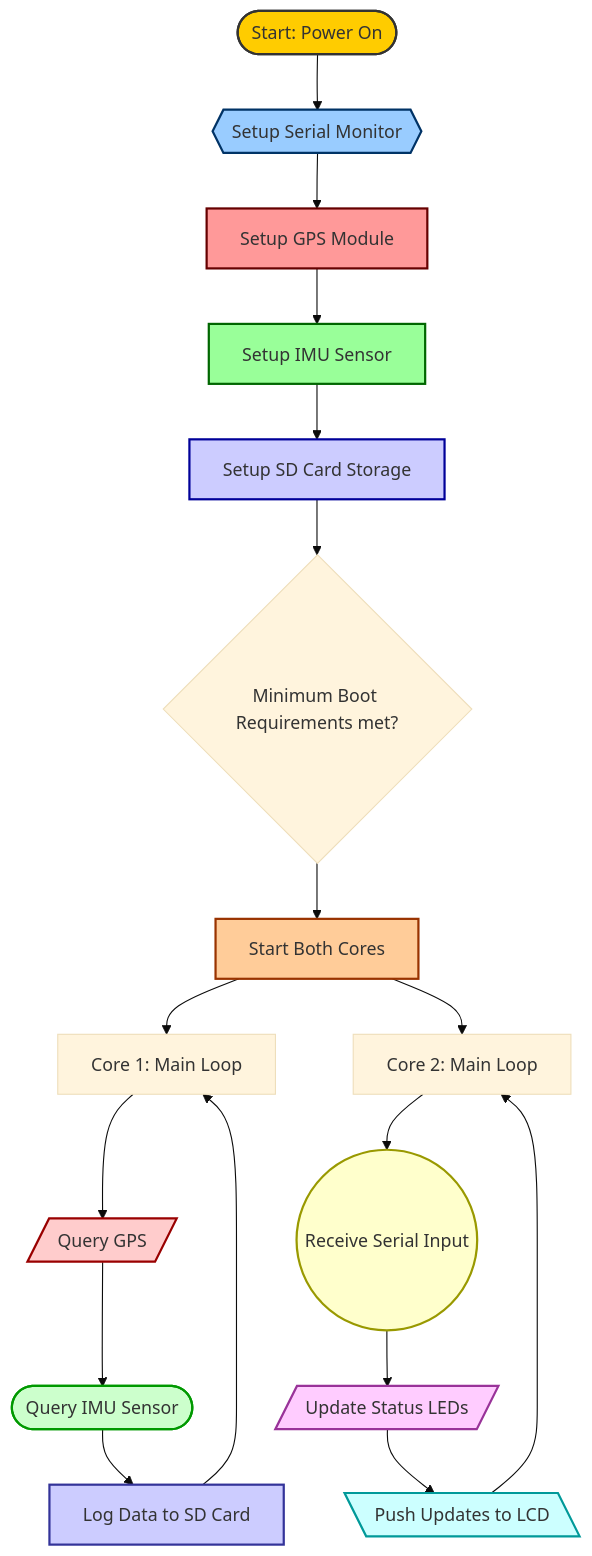
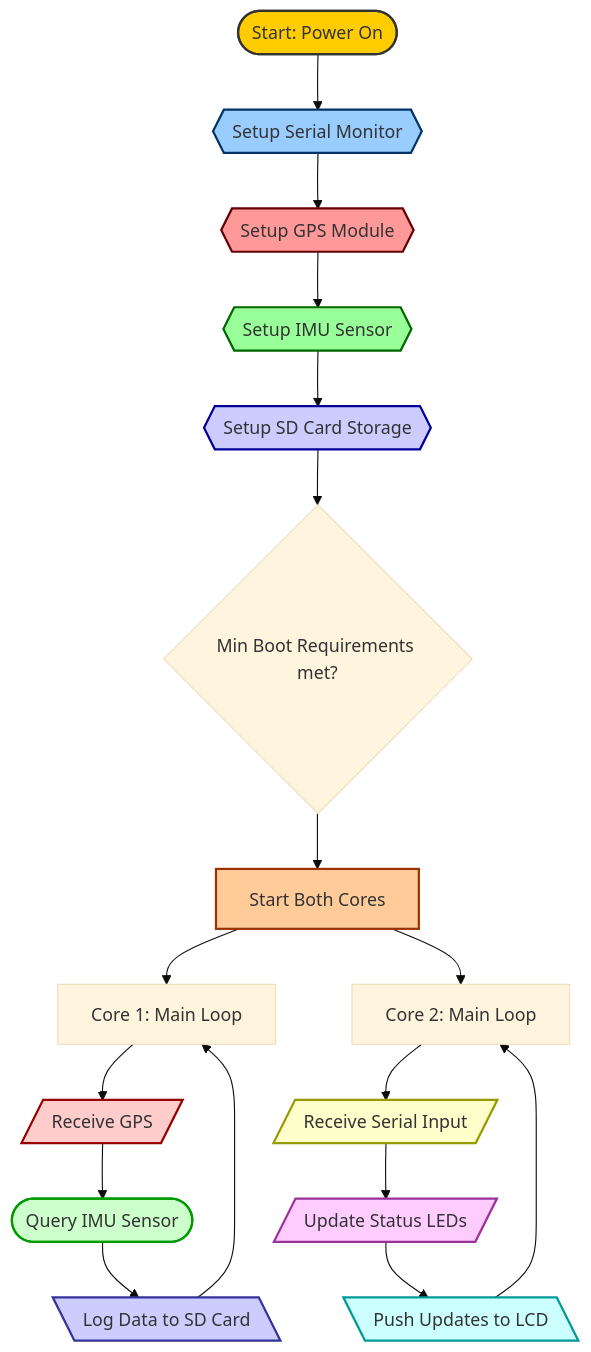
The first of 2 diagrams in readme.md (Phoenixjack/otw), drawn with Mermaid (base theme) before and after one commit.

````diff
--- a/readme.md
+++ b/readme.md
@@ -35,43 +35,43 @@
 ```mermaid
 flowchart TD
     %% Nodes for Setup Routine
     Start([Start: Power On]) --> SerialSetup{{Setup Serial Monitor}}
-    SerialSetup --> GPSSetup[Setup GPS Module]
-    GPSSetup --> IMUSetup[Setup IMU Sensor]
-    IMUSetup --> SDCardSetup[Setup SD Card Storage]
+    SerialSetup --> GPSSetup{{Setup GPS Module}}
+    GPSSetup --> IMUSetup{{Setup IMU Sensor}}
+    IMUSetup --> SDCardSetup{{Setup SD Card Storage}}
 
-    SDCardSetup --> SystemReady{"Minimum Boot Requirements met?"}
+    SDCardSetup --> SystemReady{"Min Boot Requirements met?"}
     SystemReady --> StartCores[Start Both Cores]
 
     %% Main Loops
     StartCores --> Core1Main[Core 1: Main Loop]
     StartCores --> Core2Main[Core 2: Main Loop]
 
     %% Core 1 Tasks
-    Core1Main --> GPSFunctions[/Query GPS/]
+    Core1Main --> GPSFunctions[/Receive GPS/]
     GPSFunctions --> IMUFunctions([Query IMU Sensor])
-    IMUFunctions --> SDLogging[Log Data to SD Card]
+    IMUFunctions --> SDLogging[\Log Data to SD Card\]
     SDLogging --> Core1Main
 
     %% Core 2 Tasks
-    Core2Main --> SerialIO((Receive Serial Input))
+    Core2Main --> SerialIO[/Receive Serial Input/]
     SerialIO --> StatusLED[/Update Status LEDs/]
     StatusLED --> LCDDisplay[\Push Updates to LCD\]
     LCDDisplay --> Core2Main
 
     %% Styling
     style Start fill:#ffcc00,stroke:#333,stroke-width:2px
     style SerialSetup fill:#99ccff,stroke:#003366,stroke-width:2px
     style GPSSetup fill:#ff9999,stroke:#660000,stroke-width:2px
     style IMUSetup fill:#99ff99,stroke:#006600,stroke-width:2px
     style SDCardSetup fill:#ccccff,stroke:#000099,stroke-width:2px
     style StartCores fill:#ffcc99,stroke:#993300,stroke-width:2px
 
     style GPSFunctions fill:#ffcccc,stroke:#990000,stroke-width:2px
     style IMUFunctions fill:#ccffcc,stroke:#009900,stroke-width:2px
     style SDLogging fill:#ccccff,stroke:#333399,stroke-width:2px
 
     style SerialIO fill:#ffffcc,stroke:#999900,stroke-width:2px
     style StatusLED fill:#ffccff,stroke:#993399,stroke-width:2px
     style LCDDisplay fill:#ccffff,stroke:#009999,stroke-width:2px
 ```
````
